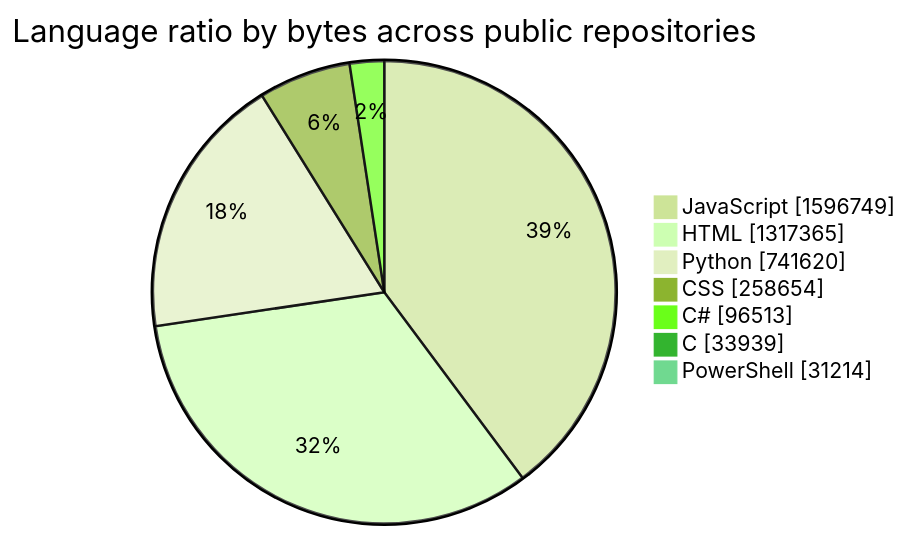
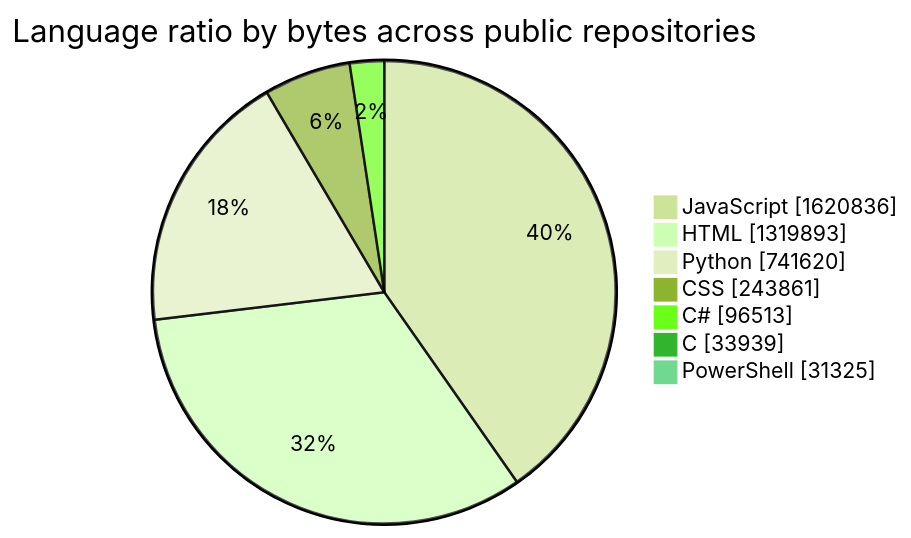
Before and after one commit to tchinso/tchinso: the first of 2 diagrams in README.md, drawn with Mermaid (forest theme). The commit also changed other lines of this file, not shown here.

````diff
--- a/README.md
+++ b/README.md
@@ -24,11 +24,11 @@
 ```mermaid
 pie showData
     title Language ratio by bytes across public repositories
-    "JavaScript" : 1596749
-    "HTML" : 1317365
+    "JavaScript" : 1620836
+    "HTML" : 1319893
     "Python" : 741620
-    "CSS" : 258654
+    "CSS" : 243861
     "C#" : 96513
     "C" : 33939
-    "PowerShell" : 31214
+    "PowerShell" : 31325
 ```
````
